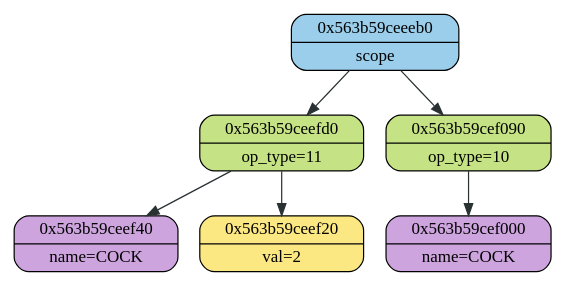
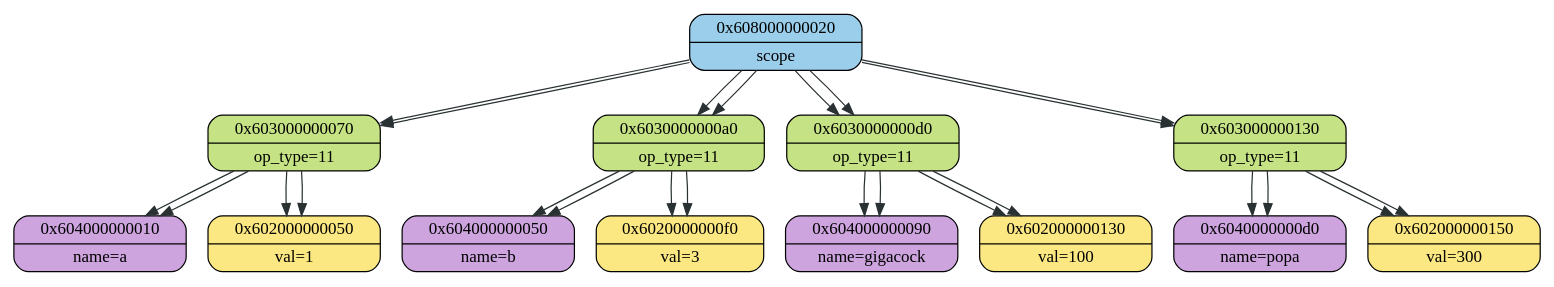
One commit to 2APetrin/ParaCL changed the diagram in ast/logs/log_graphviz.dot. Above: the diagram before and after it, drawn with Graphviz. The commit also changed 5 other files, not shown here.

```diff
--- a/ast/logs/log_graphviz.dot
+++ b/ast/logs/log_graphviz.dot
@@ -1,14 +1,52 @@
 digraph
 {
-    node_0x563b59ceeeb0[shape = Mrecord, label = "{{0x563b59ceeeb0} | {scope}}", style = "filled", fillcolor = "#9ACEEB"];
-    node_0x563b59ceefd0[shape = Mrecord, label = "{{0x563b59ceefd0} | {op_type=11}}", style = "filled", fillcolor = "#C5E384"];
-    node_0x563b59ceef40[shape = Mrecord, label = "{{0x563b59ceef40} | {name=COCK}}", style = "filled", fillcolor = "#CDA4DE"];
-    node_0x563b59ceef20[shape = Mrecord, label = "{{0x563b59ceef20} | {val=2}}", style = "filled", fillcolor = "#FCE883"];
-    node_0x563b59ceefd0->node_0x563b59ceef40 [color = "#293133"];
-    node_0x563b59ceefd0->node_0x563b59ceef20 [color = "#293133"];
-    node_0x563b59ceeeb0->node_0x563b59ceefd0 [color = "#293133"];
-    node_0x563b59cef090[shape = Mrecord, label = "{{0x563b59cef090} | {op_type=10}}", style = "filled", fillcolor = "#C5E384"];
-    node_0x563b59cef000[shape = Mrecord, label = "{{0x563b59cef000} | {name=COCK}}", style = "filled", fillcolor = "#CDA4DE"];
-    node_0x563b59cef090->node_0x563b59cef000 [color = "#293133"];
-    node_0x563b59ceeeb0->node_0x563b59cef090 [color = "#293133"];
+    node_0x608000000020[shape = Mrecord, label = "{{0x608000000020} | {scope}}", style = "filled", fillcolor = "#9ACEEB"];
+    node_0x603000000070[shape = Mrecord, label = "{{0x603000000070} | {op_type=11}}", style = "filled", fillcolor = "#C5E384"];
+    node_0x604000000010[shape = Mrecord, label = "{{0x604000000010} | {name=a}}", style = "filled", fillcolor = "#CDA4DE"];
+    node_0x602000000050[shape = Mrecord, label = "{{0x602000000050} | {val=1}}", style = "filled", fillcolor = "#FCE883"];
+    node_0x603000000070->node_0x604000000010 [color = "#293133"];
+    node_0x603000000070->node_0x602000000050 [color = "#293133"];
+    node_0x608000000020->node_0x603000000070 [color = "#293133"];
+    node_0x6030000000a0[shape = Mrecord, label = "{{0x6030000000a0} | {op_type=11}}", style = "filled", fillcolor = "#C5E384"];
+    node_0x604000000050[shape = Mrecord, label = "{{0x604000000050} | {name=b}}", style = "filled", fillcolor = "#CDA4DE"];
+    node_0x6020000000f0[shape = Mrecord, label = "{{0x6020000000f0} | {val=3}}", style = "filled", fillcolor = "#FCE883"];
+    node_0x6030000000a0->node_0x604000000050 [color = "#293133"];
+    node_0x6030000000a0->node_0x6020000000f0 [color = "#293133"];
+    node_0x608000000020->node_0x6030000000a0 [color = "#293133"];
+    node_0x6030000000d0[shape = Mrecord, label = "{{0x6030000000d0} | {op_type=11}}", style = "filled", fillcolor = "#C5E384"];
+    node_0x604000000090[shape = Mrecord, label = "{{0x604000000090} | {name=gigacock}}", style = "filled", fillcolor = "#CDA4DE"];
+    node_0x602000000130[shape = Mrecord, label = "{{0x602000000130} | {val=100}}", style = "filled", fillcolor = "#FCE883"];
+    node_0x6030000000d0->node_0x604000000090 [color = "#293133"];
+    node_0x6030000000d0->node_0x602000000130 [color = "#293133"];
+    node_0x608000000020->node_0x6030000000d0 [color = "#293133"];
+    node_0x603000000130[shape = Mrecord, label = "{{0x603000000130} | {op_type=11}}", style = "filled", fillcolor = "#C5E384"];
+    node_0x6040000000d0[shape = Mrecord, label = "{{0x6040000000d0} | {name=popa}}", style = "filled", fillcolor = "#CDA4DE"];
+    node_0x602000000150[shape = Mrecord, label = "{{0x602000000150} | {val=300}}", style = "filled", fillcolor = "#FCE883"];
+    node_0x603000000130->node_0x6040000000d0 [color = "#293133"];
+    node_0x603000000130->node_0x602000000150 [color = "#293133"];
+    node_0x608000000020->node_0x603000000130 [color = "#293133"];
+    node_0x603000000130[shape = Mrecord, label = "{{0x603000000130} | {op_type=11}}", style = "filled", fillcolor = "#C5E384"];
+    node_0x6040000000d0[shape = Mrecord, label = "{{0x6040000000d0} | {name=popa}}", style = "filled", fillcolor = "#CDA4DE"];
+    node_0x602000000150[shape = Mrecord, label = "{{0x602000000150} | {val=300}}", style = "filled", fillcolor = "#FCE883"];
+    node_0x603000000130->node_0x6040000000d0 [color = "#293133"];
+    node_0x603000000130->node_0x602000000150 [color = "#293133"];
+    node_0x608000000020->node_0x603000000130 [color = "#293133"];
+    node_0x6030000000d0[shape = Mrecord, label = "{{0x6030000000d0} | {op_type=11}}", style = "filled", fillcolor = "#C5E384"];
+    node_0x604000000090[shape = Mrecord, label = "{{0x604000000090} | {name=gigacock}}", style = "filled", fillcolor = "#CDA4DE"];
+    node_0x602000000130[shape = Mrecord, label = "{{0x602000000130} | {val=100}}", style = "filled", fillcolor = "#FCE883"];
+    node_0x6030000000d0->node_0x604000000090 [color = "#293133"];
+    node_0x6030000000d0->node_0x602000000130 [color = "#293133"];
+    node_0x608000000020->node_0x6030000000d0 [color = "#293133"];
+    node_0x6030000000a0[shape = Mrecord, label = "{{0x6030000000a0} | {op_type=11}}", style = "filled", fillcolor = "#C5E384"];
+    node_0x604000000050[shape = Mrecord, label = "{{0x604000000050} | {name=b}}", style = "filled", fillcolor = "#CDA4DE"];
+    node_0x6020000000f0[shape = Mrecord, label = "{{0x6020000000f0} | {val=3}}", style = "filled", fillcolor = "#FCE883"];
+    node_0x6030000000a0->node_0x604000000050 [color = "#293133"];
+    node_0x6030000000a0->node_0x6020000000f0 [color = "#293133"];
+    node_0x608000000020->node_0x6030000000a0 [color = "#293133"];
+    node_0x603000000070[shape = Mrecord, label = "{{0x603000000070} | {op_type=11}}", style = "filled", fillcolor = "#C5E384"];
+    node_0x604000000010[shape = Mrecord, label = "{{0x604000000010} | {name=a}}", style = "filled", fillcolor = "#CDA4DE"];
+    node_0x602000000050[shape = Mrecord, label = "{{0x602000000050} | {val=1}}", style = "filled", fillcolor = "#FCE883"];
+    node_0x603000000070->node_0x604000000010 [color = "#293133"];
+    node_0x603000000070->node_0x602000000050 [color = "#293133"];
+    node_0x608000000020->node_0x603000000070 [color = "#293133"];
 }
```
